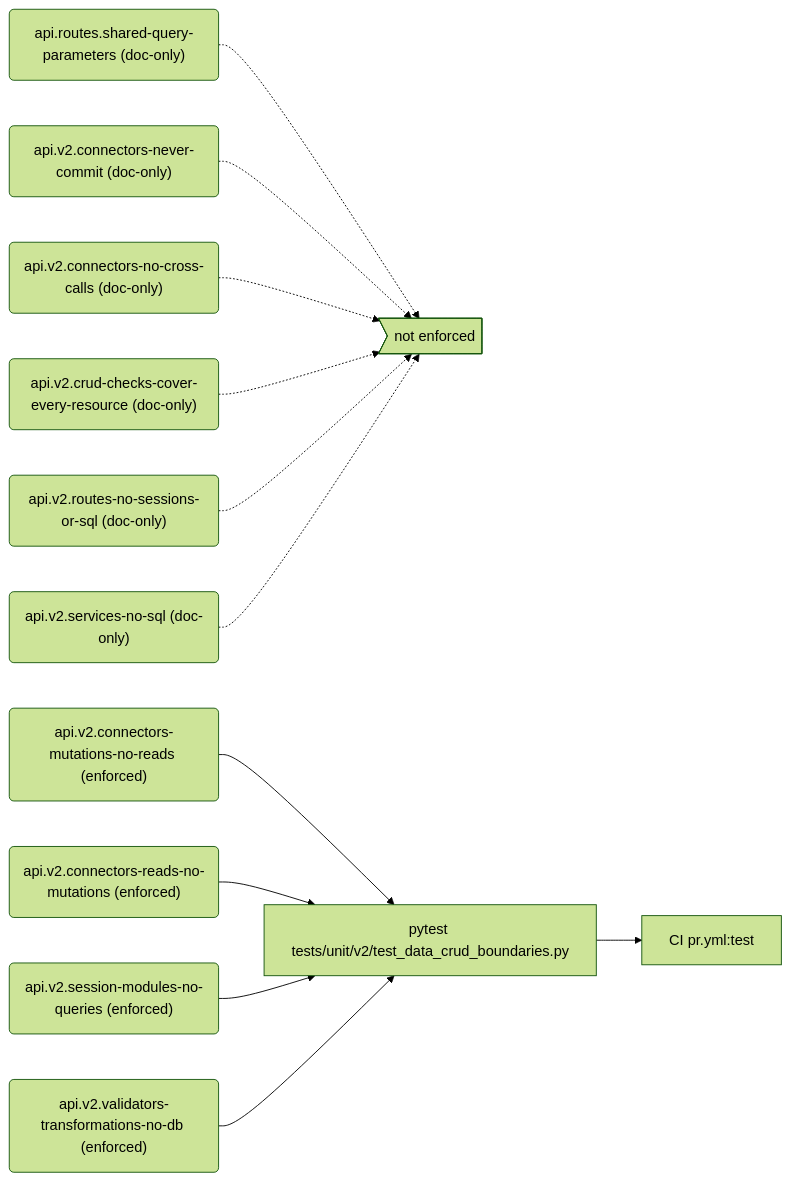
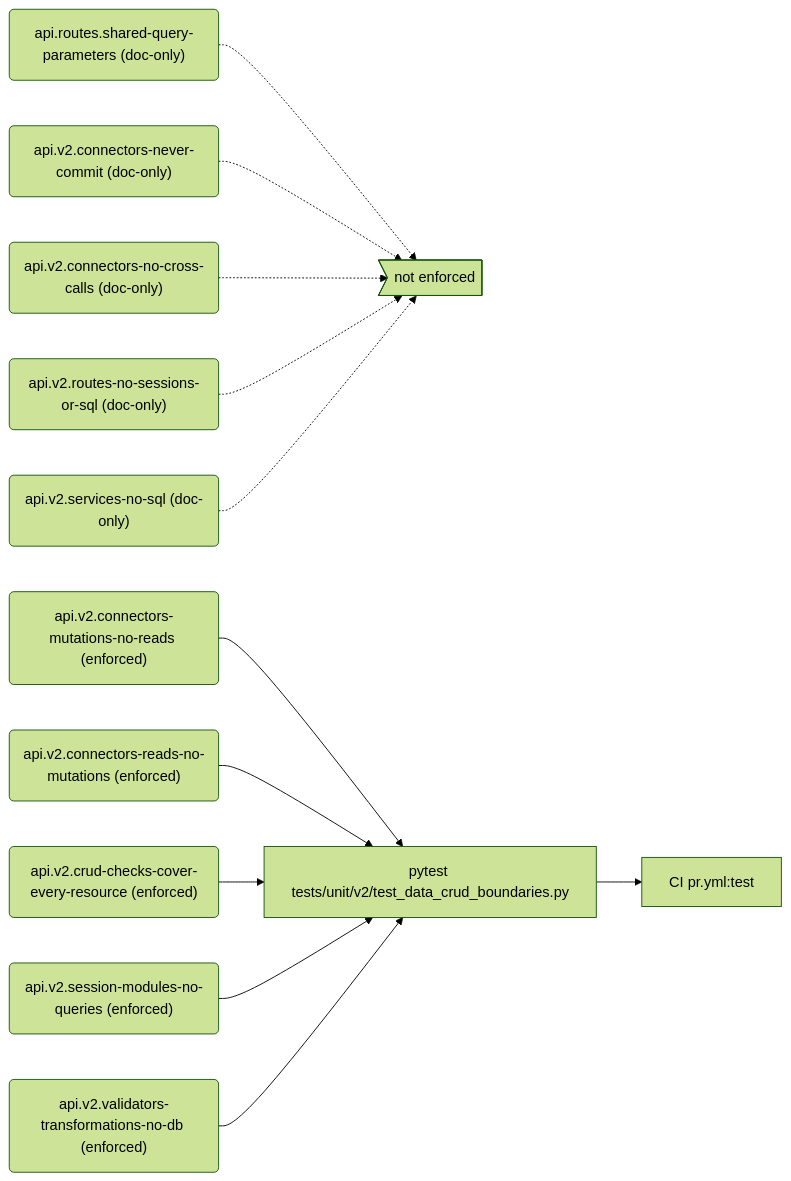
One commit to PolicyEngine/policyengine-api changed the first of 8 diagrams in docs/generated/rules.md. Above: the diagram before and after it, drawn with Mermaid (forest theme). The commit also changed other lines of this file and 2 other files, not shown here.

First line of the commit message:
Update the API rules registry for Phase 0

````diff
--- a/docs/generated/rules.md
+++ b/docs/generated/rules.md
@@ -85,27 +87,27 @@
 ```mermaid
 flowchart LR
   r_api_routes_shared_query_parameters("api.routes.shared-query-parameters (doc-only)")
   gap_unenforced>"not enforced"]
   r_api_v2_connectors_mutations_no_reads("api.v2.connectors-mutations-no-reads (enforced)")
   e_pytest_tests_unit_v2_test_data_crud_boundaries_py["pytest tests/unit/v2/test_data_crud_boundaries.py"]
   j_CI_pr_yml_test["CI pr.yml:test"]
   r_api_v2_connectors_never_commit("api.v2.connectors-never-commit (doc-only)")
   r_api_v2_connectors_no_cross_calls("api.v2.connectors-no-cross-calls (doc-only)")
   r_api_v2_connectors_reads_no_mutations("api.v2.connectors-reads-no-mutations (enforced)")
-  r_api_v2_crud_checks_cover_every_resource("api.v2.crud-checks-cover-every-resource (doc-only)")
+  r_api_v2_crud_checks_cover_every_resource("api.v2.crud-checks-cover-every-resource (enforced)")
   r_api_v2_routes_no_sessions_or_sql("api.v2.routes-no-sessions-or-sql (doc-only)")
   r_api_v2_services_no_sql("api.v2.services-no-sql (doc-only)")
   r_api_v2_session_modules_no_queries("api.v2.session-modules-no-queries (enforced)")
   r_api_v2_validators_transformations_no_db("api.v2.validators-transformations-no-db (enforced)")
   r_api_routes_shared_query_parameters -.-> gap_unenforced
   r_api_v2_connectors_mutations_no_reads --> e_pytest_tests_unit_v2_test_data_crud_boundaries_py
   e_pytest_tests_unit_v2_test_data_crud_boundaries_py --> j_CI_pr_yml_test
   r_api_v2_connectors_never_commit -.-> gap_unenforced
   r_api_v2_connectors_no_cross_calls -.-> gap_unenforced
   r_api_v2_connectors_reads_no_mutations --> e_pytest_tests_unit_v2_test_data_crud_boundaries_py
-  r_api_v2_crud_checks_cover_every_resource -.-> gap_unenforced
+  r_api_v2_crud_checks_cover_every_resource --> e_pytest_tests_unit_v2_test_data_crud_boundaries_py
   r_api_v2_routes_no_sessions_or_sql -.-> gap_unenforced
   r_api_v2_services_no_sql -.-> gap_unenforced
   r_api_v2_session_modules_no_queries --> e_pytest_tests_unit_v2_test_data_crud_boundaries_py
   r_api_v2_validators_transformations_no_db --> e_pytest_tests_unit_v2_test_data_crud_boundaries_py
 ```
````
